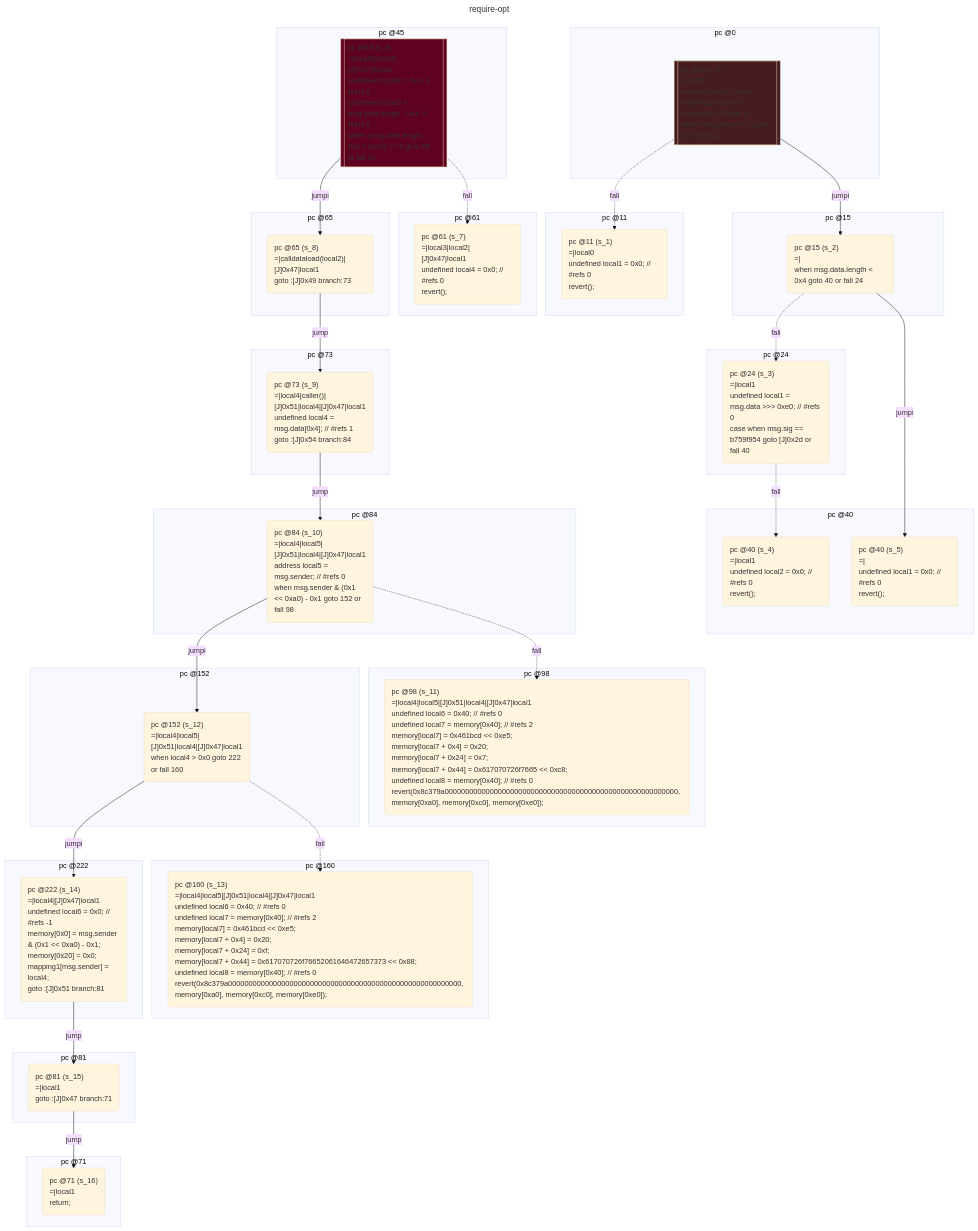
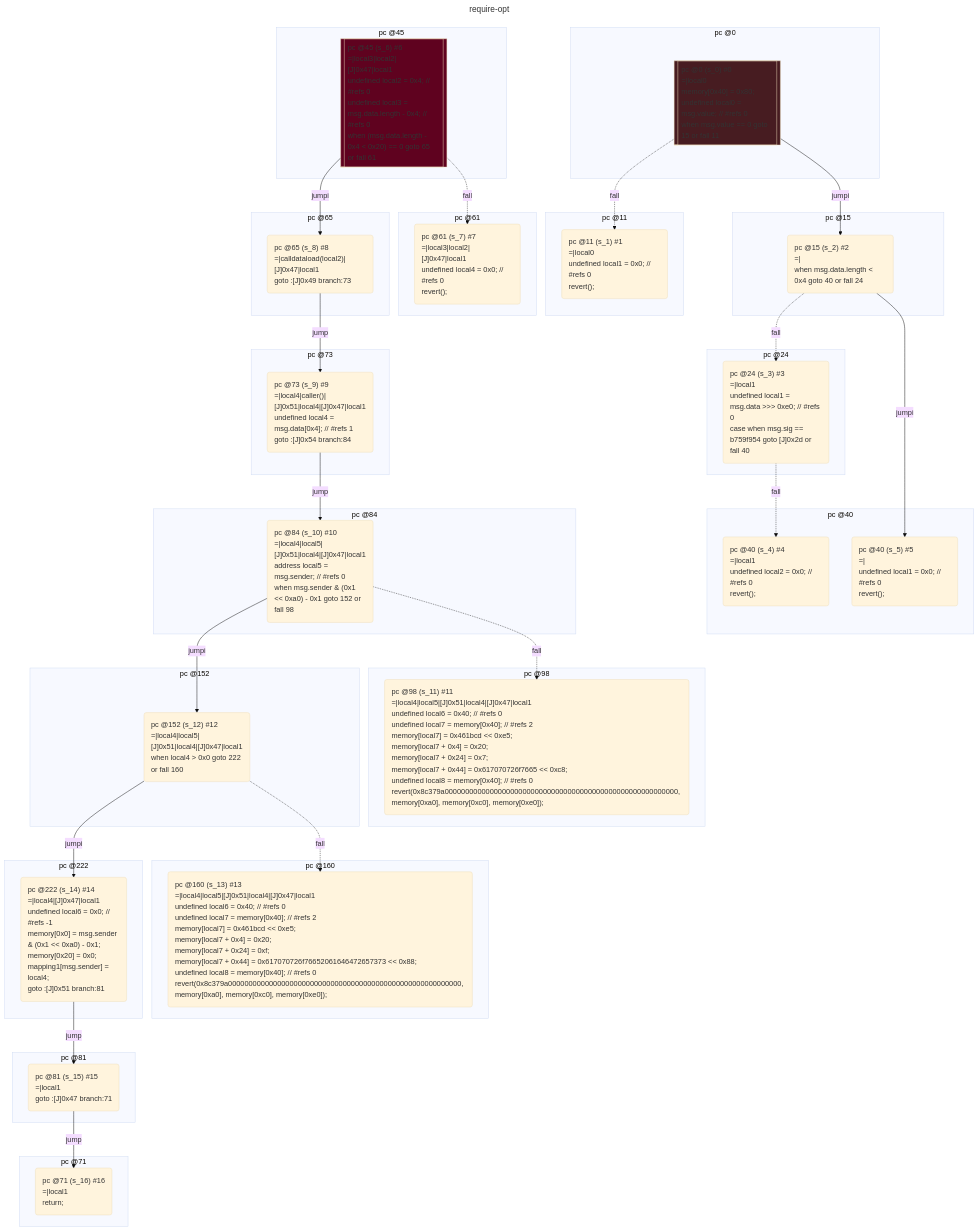
The second of 2 diagrams in test/__snapshots__/contracts/control/require.snap.md (acuarica/evm), drawn with Mermaid (base theme) before and after one commit. The commit also changed other lines of this file and 18 other files, not shown here.

```diff
--- a/test/__snapshots__/contracts/control/require.snap.md
+++ b/test/__snapshots__/contracts/control/require.snap.md
@@ -335,7 +335,7 @@
 flowchart TD
   classDef state text-align:left
   subgraph cluster_0 ["pc @0"]
-    s_0[["pc @0 (s_0)
+    s_0[["pc @0 (s_0) #0
 =|local0
 memory[0x40] = 0x80;
 undefined local0 = msg.value; // #refs 0
@@ -345,7 +345,7 @@
     style s_0 fill:#471C21
   end
   subgraph cluster_11 ["pc @11"]
-    s_1("pc @11 (s_1)
+    s_1("pc @11 (s_1) #1
 =|local0
 undefined local1 = 0x0; // #refs 0
 revert();
@@ -353,14 +353,14 @@
     class s_1 state
   end
   subgraph cluster_15 ["pc @15"]
-    s_2("pc @15 (s_2)
+    s_2("pc @15 (s_2) #2
 =|
 when msg.data.length < 0x4 goto 40 or fall 24
 ")
     class s_2 state
   end
   subgraph cluster_24 ["pc @24"]
-    s_3("pc @24 (s_3)
+    s_3("pc @24 (s_3) #3
 =|local1
 undefined local1 = msg.data >>> 0xe0; // #refs 0
 case when msg.sig == b759f954 goto [J]0x2d or fall 40
@@ -368,13 +368,13 @@
     class s_3 state
   end
   subgraph cluster_40 ["pc @40"]
-    s_4("pc @40 (s_4)
+    s_4("pc @40 (s_4) #4
 =|local1
 undefined local2 = 0x0; // #refs 0
 revert();
 ")
     class s_4 state
-    s_5("pc @40 (s_5)
+    s_5("pc @40 (s_5) #5
 =|
 undefined local1 = 0x0; // #refs 0
 revert();
@@ -382,7 +382,7 @@
     class s_5 state
   end
   subgraph cluster_45 ["pc @45"]
-    s_6[["pc @45 (s_6)
+    s_6[["pc @45 (s_6) #6
 =|local3|local2|[J]0x47|local1
 undefined local2 = 0x4; // #refs 0
 undefined local3 = msg.data.length - 0x4; // #refs 0
@@ -392,7 +392,7 @@
     style s_6 fill:#5F021F
   end
   subgraph cluster_61 ["pc @61"]
-    s_7("pc @61 (s_7)
+    s_7("pc @61 (s_7) #7
 =|local3|local2|[J]0x47|local1
 undefined local4 = 0x0; // #refs 0
 revert();
@@ -400,14 +400,14 @@
     class s_7 state
   end
   subgraph cluster_65 ["pc @65"]
-    s_8("pc @65 (s_8)
+    s_8("pc @65 (s_8) #8
 =|calldataload(local2)|[J]0x47|local1
 goto :[J]0x49 branch:73
 ")
     class s_8 state
   end
   subgraph cluster_73 ["pc @73"]
-    s_9("pc @73 (s_9)
+    s_9("pc @73 (s_9) #9
 =|local4|caller()|[J]0x51|local4|[J]0x47|local1
 undefined local4 = msg.data[0x4]; // #refs 1
 goto :[J]0x54 branch:84
@@ -415,7 +415,7 @@
     class s_9 state
   end
   subgraph cluster_84 ["pc @84"]
-    s_10("pc @84 (s_10)
+    s_10("pc @84 (s_10) #10
 =|local4|local5|[J]0x51|local4|[J]0x47|local1
 address local5 = msg.sender; // #refs 0
 when msg.sender & (0x1 << 0xa0) - 0x1 goto 152 or fall 98
@@ -423,7 +423,7 @@
     class s_10 state
   end
   subgraph cluster_98 ["pc @98"]
-    s_11("pc @98 (s_11)
+    s_11("pc @98 (s_11) #11
 =|local4|local5|[J]0x51|local4|[J]0x47|local1
 undefined local6 = 0x40; // #refs 0
 undefined local7 = memory[0x40]; // #refs 2
@@ -437,14 +437,14 @@
     class s_11 state
   end
   subgraph cluster_152 ["pc @152"]
-    s_12("pc @152 (s_12)
+    s_12("pc @152 (s_12) #12
 =|local4|local5|[J]0x51|local4|[J]0x47|local1
 when local4 > 0x0 goto 222 or fall 160
 ")
     class s_12 state
   end
   subgraph cluster_160 ["pc @160"]
-    s_13("pc @160 (s_13)
+    s_13("pc @160 (s_13) #13
 =|local4|local5|[J]0x51|local4|[J]0x47|local1
 undefined local6 = 0x40; // #refs 0
 undefined local7 = memory[0x40]; // #refs 2
@@ -458,7 +458,7 @@
     class s_13 state
   end
   subgraph cluster_222 ["pc @222"]
-    s_14("pc @222 (s_14)
+    s_14("pc @222 (s_14) #14
 =|local4|[J]0x47|local1
 undefined local6 = 0x0; // #refs -1
 memory[0x0] = msg.sender & (0x1 << 0xa0) - 0x1;
@@ -469,14 +469,14 @@
     class s_14 state
   end
   subgraph cluster_81 ["pc @81"]
-    s_15("pc @81 (s_15)
+    s_15("pc @81 (s_15) #15
 =|local1
 goto :[J]0x47 branch:71
 ")
     class s_15 state
   end
   subgraph cluster_71 ["pc @71"]
-    s_16("pc @71 (s_16)
+    s_16("pc @71 (s_16) #16
 =|local1
 return;
 ")
```
